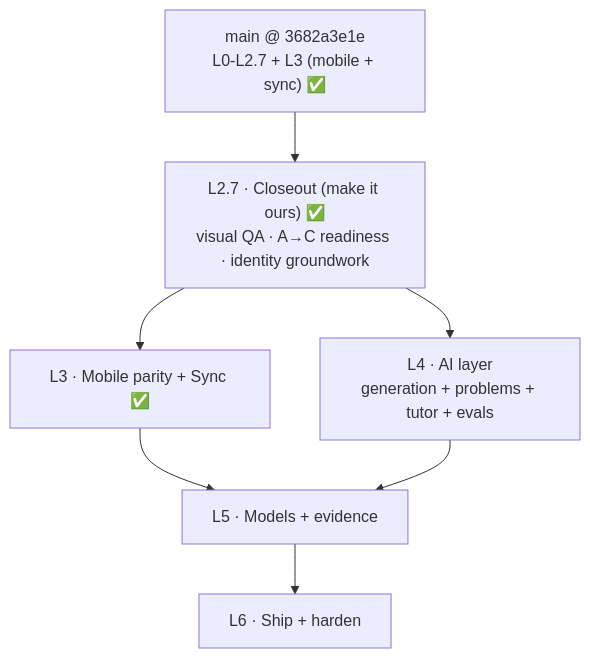
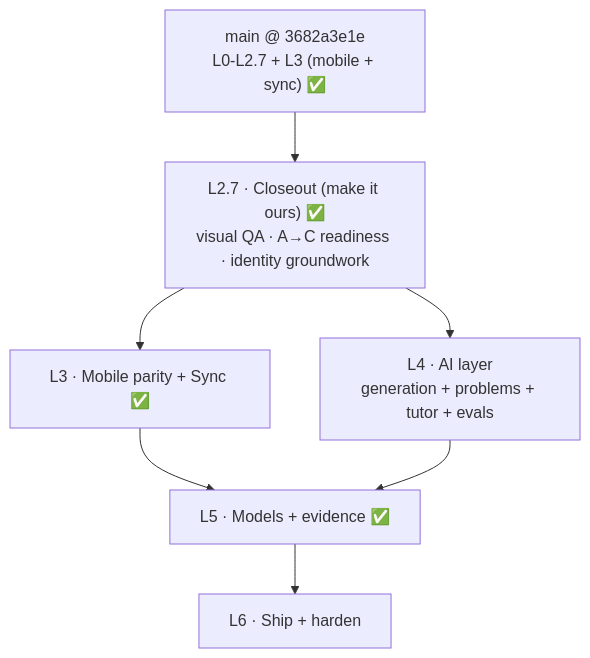
Before and after one commit to philote-dev/inka: the diagram in docs_pgrep/plan/build-plan.md, drawn with Mermaid. The commit also changed other lines of this file, not shown here.

First line of the commit message:
docs(plan): mark L5 Models + evidence complete on main

````diff
--- a/docs_pgrep/plan/build-plan.md
+++ b/docs_pgrep/plan/build-plan.md
@@ -46,9 +46,9 @@
 ```mermaid
 flowchart TD
     NOW["main @ 3682a3e1e<br/>L0-L2.7 + L3 (mobile + sync) ✅"] --> L27["L2.7 · Closeout (make it ours) ✅<br/>visual QA · A→C readiness · identity groundwork"]
     L27 --> L3["L3 · Mobile parity + Sync ✅"]
     L27 --> L4["L4 · AI layer<br/>generation + problems + tutor + evals"]
-    L3 --> L5["L5 · Models + evidence"]
+    L3 --> L5["L5 · Models + evidence ✅"]
     L4 --> L5
     L5 --> L6["L6 · Ship + harden"]
 ```
````
